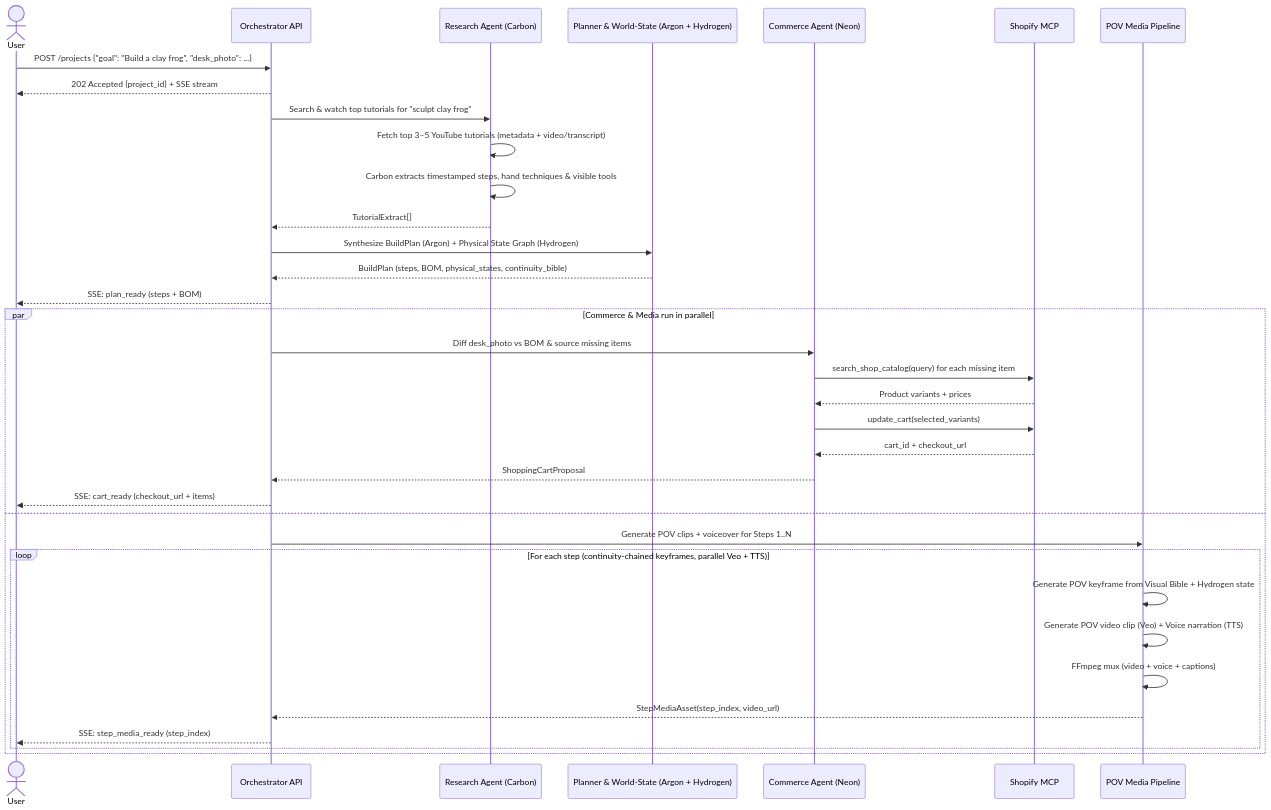
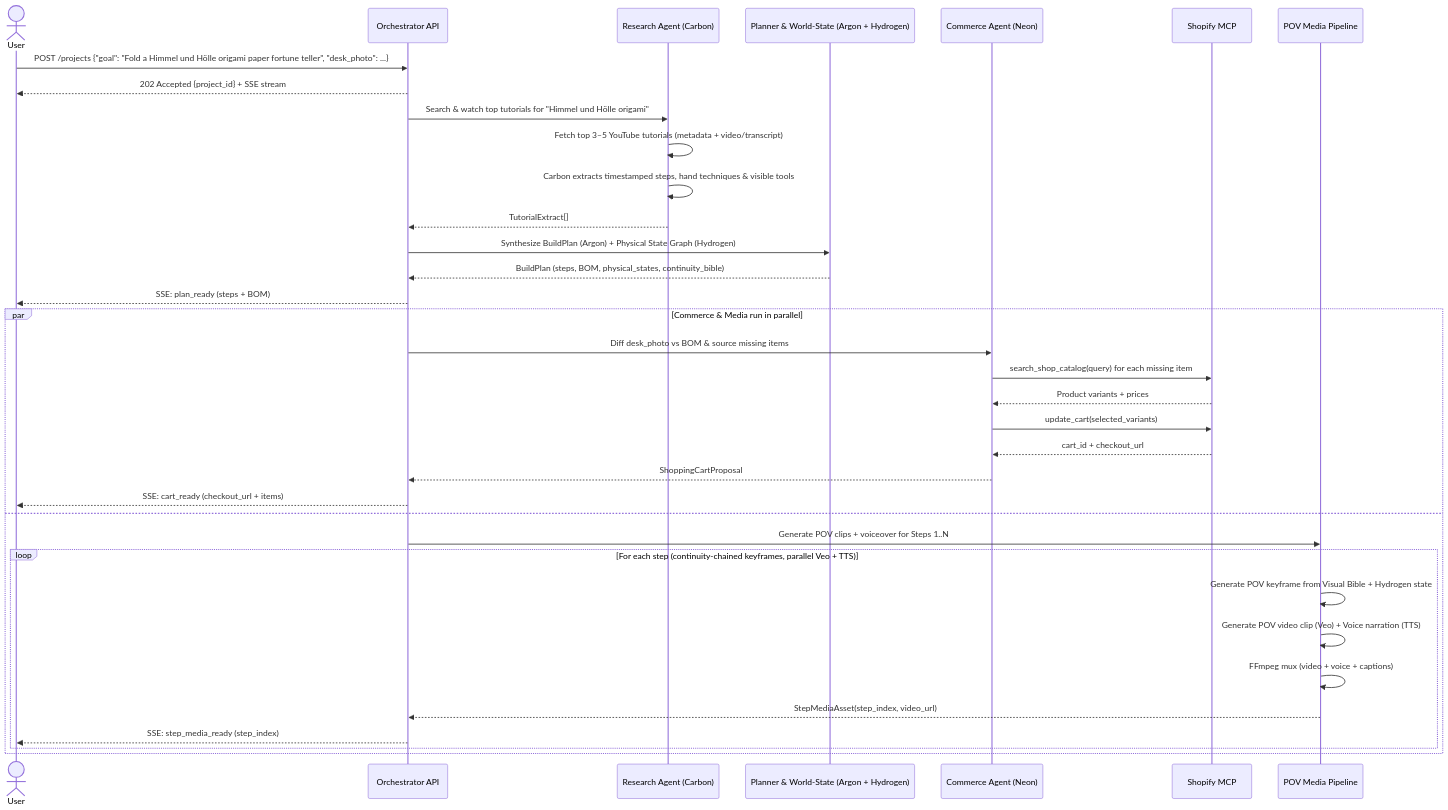
One commit to lhnmx/nyc-gemini4-hack changed the second of 2 diagrams in ARCHITECTURE.md. Above: the diagram before and after it, drawn with Mermaid. The commit also changed other lines of this file and 5 other files, not shown here.

Commit message:
Switch default demo prompt to Himmel und Hölle origami

````diff
--- a/ARCHITECTURE.md
+++ b/ARCHITECTURE.md
@@ -83,41 +83,41 @@
 ```mermaid
 sequenceDiagram
     actor User
     participant API as Orchestrator API
     participant YT as Research Agent (Carbon)
     participant Plan as Planner & World-State (Argon + Hydrogen)
     participant Shop as Commerce Agent (Neon)
     participant MCP as Shopify MCP
     participant Media as POV Media Pipeline
 
-    User->>API: POST /projects {"goal": "Build a clay frog", "desk_photo": ...}
+    User->>API: POST /projects {"goal": "Fold a Himmel und Hölle origami paper fortune teller", "desk_photo": ...}
     API-->>User: 202 Accepted {project_id} + SSE stream
 
-    API->>YT: Search & watch top tutorials for "sculpt clay frog"
+    API->>YT: Search & watch top tutorials for "Himmel und Hölle origami"
     YT->>YT: Fetch top 3–5 YouTube tutorials (metadata + video/transcript)
     YT->>YT: Carbon extracts timestamped steps, hand techniques & visible tools
     YT-->>API: TutorialExtract[]
 
     API->>Plan: Synthesize BuildPlan (Argon) + Physical State Graph (Hydrogen)
     Plan-->>API: BuildPlan (steps, BOM, physical_states, continuity_bible)
     API-->>User: SSE: plan_ready (steps + BOM)
 
     par Commerce & Media run in parallel
         API->>Shop: Diff desk_photo vs BOM & source missing items
         Shop->>MCP: search_shop_catalog(query) for each missing item
         MCP-->>Shop: Product variants + prices
         Shop->>MCP: update_cart(selected_variants)
         MCP-->>Shop: cart_id + checkout_url
         Shop-->>API: ShoppingCartProposal
         API-->>User: SSE: cart_ready (checkout_url + items)
     and
         API->>Media: Generate POV clips + voiceover for Steps 1..N
         loop For each step (continuity-chained keyframes, parallel Veo + TTS)
             Media->>Media: Generate POV keyframe from Visual Bible + Hydrogen state
             Media->>Media: Generate POV video clip (Veo) + Voice narration (TTS)
             Media->>Media: FFmpeg mux (video + voice + captions)
             Media-->>API: StepMediaAsset(step_index, video_url)
             API-->>User: SSE: step_media_ready (step_index)
         end
     end
 ```
````
